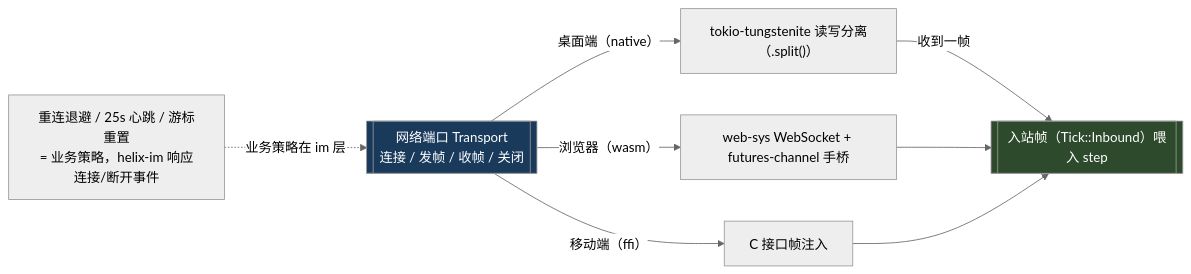
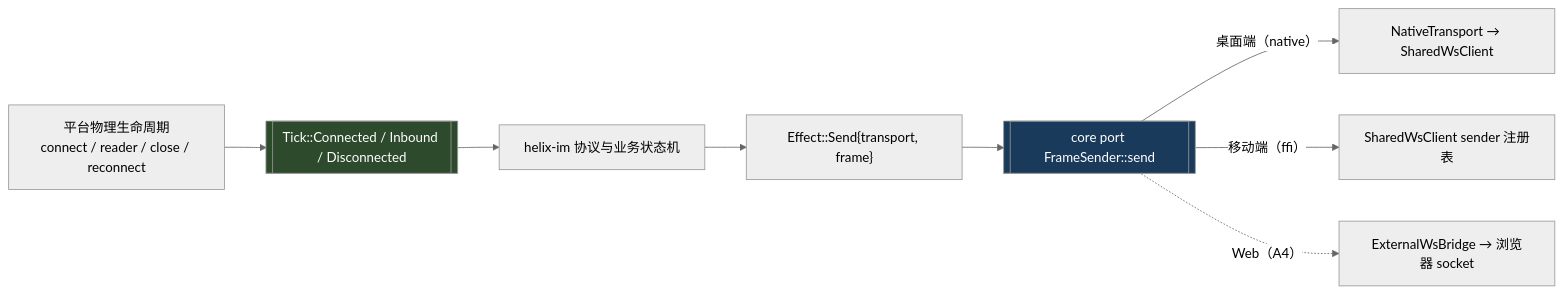
One commit to zxs1633079383/helix changed diagram 11 of 27 in docs/过会方案/helix-core-im-架构设计.md. Above: the diagram before and after it, drawn with Mermaid (neutral theme). The commit also changed other lines of this file and 40 other files, not shown here.

First line of the commit message:
refactor(core): 收窄 WebSocket 端口为 FrameSender

````diff
--- a/docs/过会方案/helix-core-im-架构设计.md
+++ b/docs/过会方案/helix-core-im-架构设计.md
@@ -366,13 +369,12 @@
 ```mermaid
 flowchart LR
-    P[["网络端口 Transport<br/>连接 / 发帧 / 收帧 / 关闭"]]
-    P -->|"桌面端（native）"| N["tokio-tungstenite 读写分离（.split()）"]
-    P -->|"浏览器（wasm）"| W["web-sys WebSocket + futures-channel 手桥"]
-    P -->|"移动端（ffi）"| F["C 接口帧注入"]
-    N -->|"收到一帧"| R[["入站帧（Tick::Inbound）喂入 step"]]
-    W --> R
-    F --> R
-    POLICY["重连退避 / 25s 心跳 / 游标重置<br/>= 业务策略，helix-im 响应连接/断开事件"] -.业务策略在 im 层.-> P
+    SEND["Effect::Send{transport, frame}"] --> P[["core port FrameSender::send"]]
+    P -->|"桌面端（native）"| N["NativeTransport → SharedWsClient"]
+    P -->|"移动端（ffi）"| F["SharedWsClient sender 注册表"]
+    P -.->|"Web（A4）"| W["ExternalWsBridge → 浏览器 socket"]
+    LIFE["平台物理生命周期<br/>connect / reader / close / reconnect"] --> R[["Tick::Connected / Inbound / Disconnected"]]
+    R --> IM["helix-im 协议与业务状态机"]
+    IM --> SEND
     style P fill:#1a3a5c,color:#fff
     style R fill:#2d4a2d,color:#fff
 ```
````
